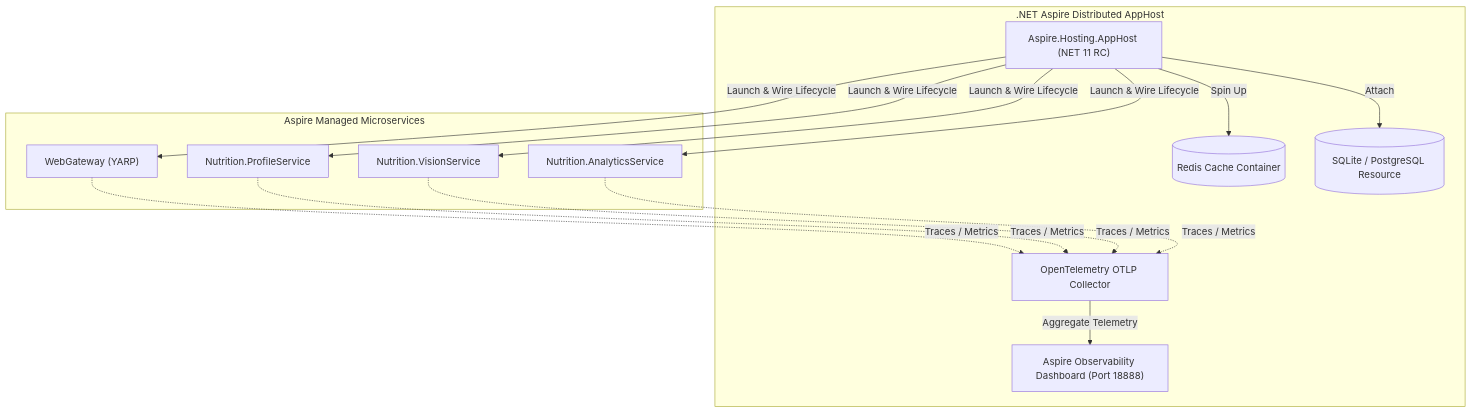
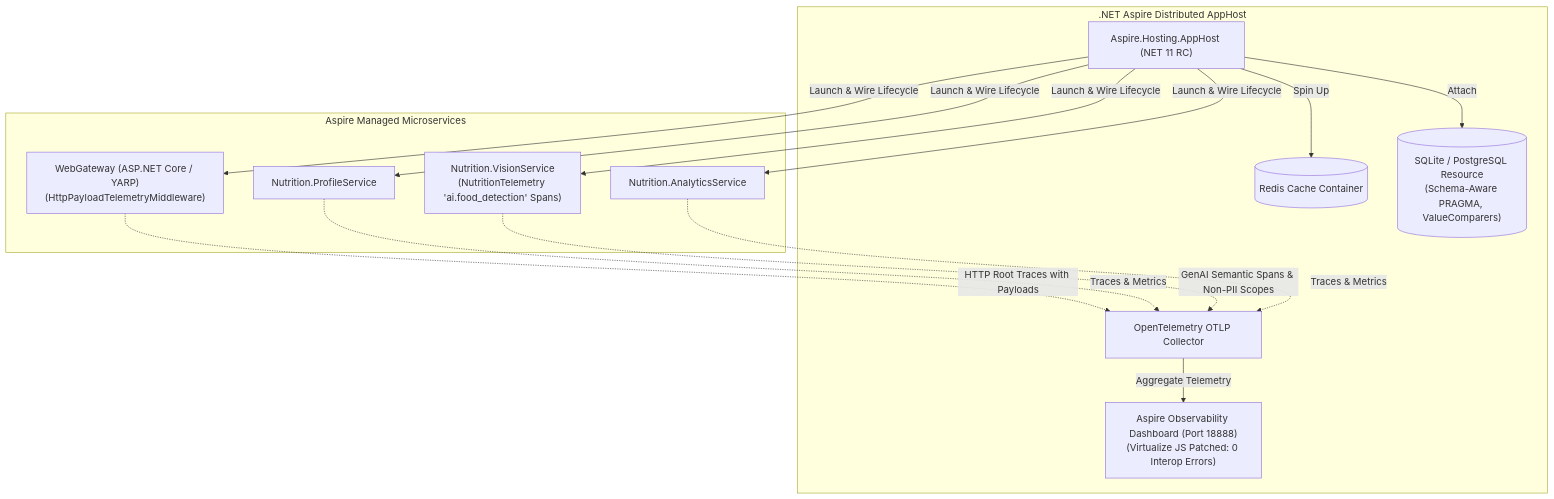
One commit to nikunjbanker/diet-dost changed the diagram in docs/architecture/diagrams/devops_observability.mermaid. Above: the diagram before and after it, drawn with Mermaid. The commit also changed 11 other files, not shown here.

Commit message:
docs: add comprehensive software design documentation and architecture diagrams

```diff
--- a/docs/architecture/diagrams/devops_observability.mermaid
+++ b/docs/architecture/diagrams/devops_observability.mermaid
@@ -1,28 +1,28 @@
 graph TD
     subgraph Aspire_AppHost [".NET Aspire Distributed AppHost"]
         Host["Aspire.Hosting.AppHost (NET 11 RC)"]
         OTel["OpenTelemetry OTLP Collector"]
-        Dash["Aspire Observability Dashboard (Port 18888)"]
+        Dash["Aspire Observability Dashboard (Port 18888)<br/>(Virtualize JS Patched: 0 Interop Errors)"]
         RedisRes[("Redis Cache Container")]
-        DbRes[("SQLite / PostgreSQL Resource")]
+        DbRes[("SQLite / PostgreSQL Resource<br/>(Schema-Aware PRAGMA, ValueComparers)")]
     end
 
     subgraph Microservice_Processes ["Aspire Managed Microservices"]
-        GW["WebGateway (YARP)"]
+        GW["WebGateway (ASP.NET Core / YARP)<br/>(HttpPayloadTelemetryMiddleware)"]
         PS["Nutrition.ProfileService"]
-        VS["Nutrition.VisionService"]
+        VS["Nutrition.VisionService<br/>(NutritionTelemetry 'ai.food_detection' Spans)"]
         AS["Nutrition.AnalyticsService"]
     end
 
     Host -->|Launch & Wire Lifecycle| GW
     Host -->|Launch & Wire Lifecycle| PS
     Host -->|Launch & Wire Lifecycle| VS
     Host -->|Launch & Wire Lifecycle| AS
     Host -->|Spin Up| RedisRes
     Host -->|Attach| DbRes
 
-    GW -.->|Traces / Metrics| OTel
-    PS -.->|Traces / Metrics| OTel
-    VS -.->|Traces / Metrics| OTel
-    AS -.->|Traces / Metrics| OTel
+    GW -.->|HTTP Root Traces with Payloads| OTel
+    PS -.->|Traces & Metrics| OTel
+    VS -.->|GenAI Semantic Spans & Non-PII Scopes| OTel
+    AS -.->|Traces & Metrics| OTel
     OTel -->|Aggregate Telemetry| Dash
```
